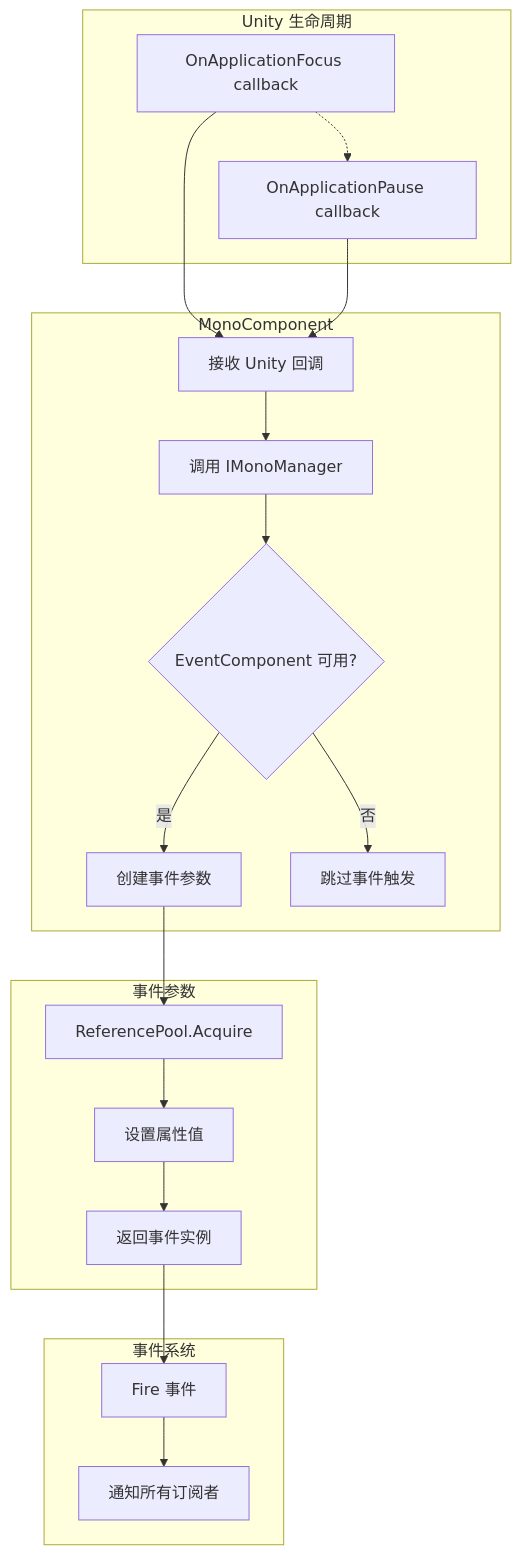
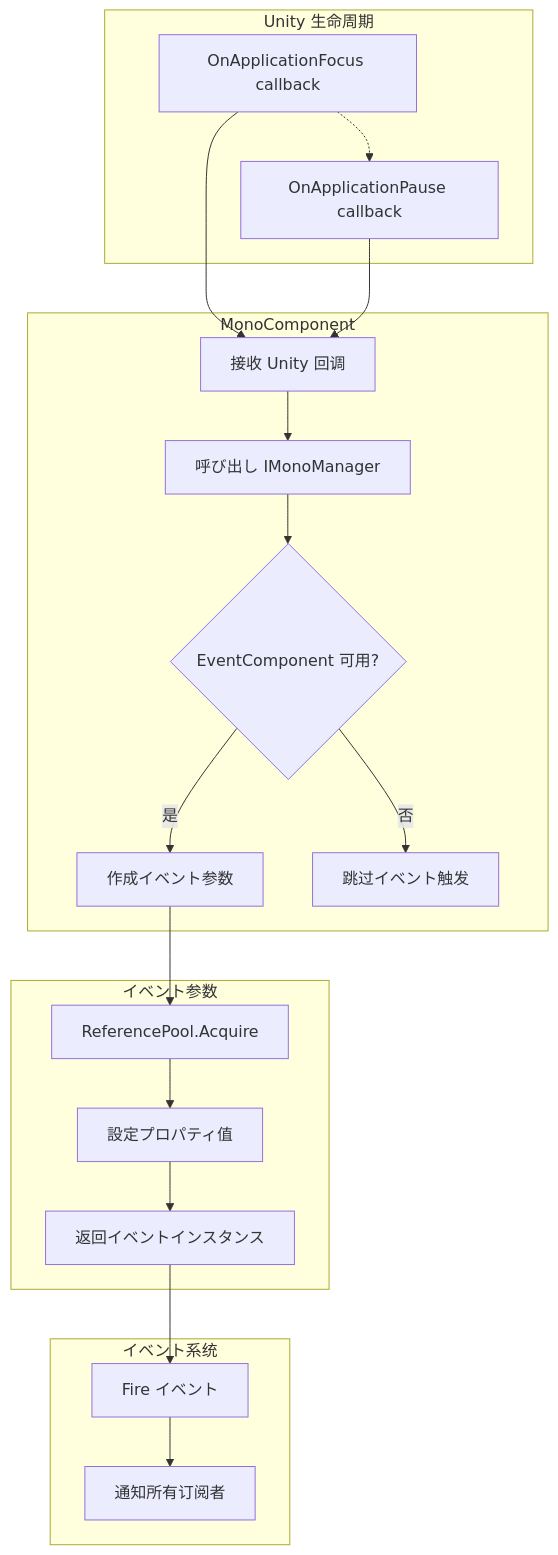
The second of 2 diagrams in docs/ja/client/unity/component/mono/05.event-args.md (AlianBlank/GameFrameX.Docs), drawn with Mermaid before and after one commit. The commit also changed other lines of this file and 603 other files, not shown here.

````diff
--- a/docs/ja/client/unity/component/mono/05.event-args.md
+++ b/docs/ja/client/unity/component/mono/05.event-args.md
@@ -53,27 +53,27 @@
 ```mermaid
 flowchart TD
     subgraph Unity["Unity 生命周期"]
         UA[OnApplicationFocus callback] -.-> UB[OnApplicationPause callback]
     end
     
     subgraph MonoComponent["MonoComponent"]
-        MC1[接收 Unity 回调] --> MC2[调用 IMonoManager]
+        MC1[接收 Unity 回调] --> MC2[呼び出し IMonoManager]
         MC2 --> MC3{EventComponent 可用?}
-        MC3 -->|是| MC4[创建事件参数]
-        MC3 -->|否| MC5[跳过事件触发]
+        MC3 -->|是| MC4[作成イベント参数]
+        MC3 -->|否| MC5[跳过イベント触发]
     end
     
-    subgraph EventArgs["事件参数"]
-        EA1[ReferencePool.Acquire] --> EA2[设置属性值]
-        EA2 --> EA3[返回事件实例]
+    subgraph EventArgs["イベント参数"]
+        EA1[ReferencePool.Acquire] --> EA2[設定プロパティ值]
+        EA2 --> EA3[返回イベントインスタンス]
     end
     
-    subgraph EventSystem["事件系统"]
-        ES1[Fire 事件] --> ES2[通知所有订阅者]
+    subgraph EventSystem["イベント系统"]
+        ES1[Fire イベント] --> ES2[通知所有订阅者]
     end
     
     UA --> MC1
     UB --> MC1
     MC4 --> EA1
     EA3 --> ES1
 ```
````
